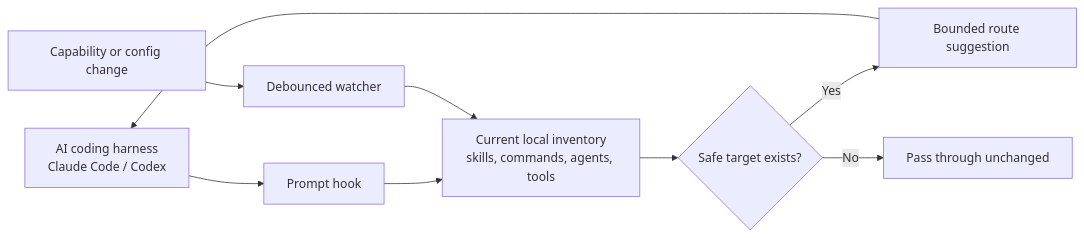
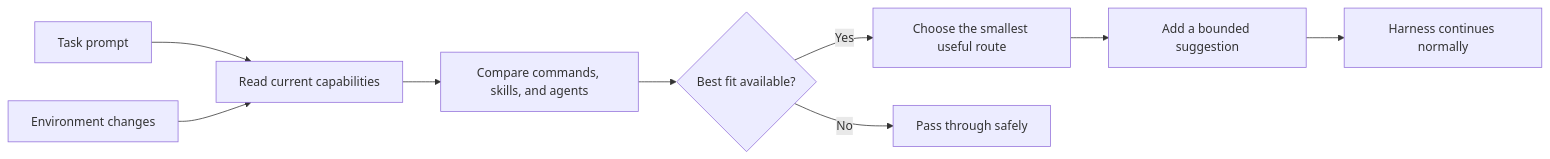
One commit to Guilherme1612/claude-router changed the diagram in README.md. Above: the diagram before and after it, drawn with Mermaid. The commit also changed other lines of this file, not shown here.

````diff
--- a/README.md
+++ b/README.md
@@ -27,11 +34,11 @@
 ```mermaid
 flowchart LR
-    H["AI coding harness<br/>Claude Code / Codex"] --> P["Prompt hook"]
-    P --> I["Current local inventory<br/>skills, commands, agents, tools"]
-    I --> Q{"Safe target exists?"}
-    Q -->|Yes| S["Bounded route suggestion"]
-    Q -->|No| N["Pass through unchanged"]
-    S --> H
-    C["Capability or config change"] --> W["Debounced watcher"]
-    W --> I
+    A["Task prompt"] --> B["Read current capabilities"]
+    B --> C["Compare commands, skills, and agents"]
+    C --> D{"Best fit available?"}
+    D -->|Yes| E["Choose the smallest useful route"]
+    E --> F["Add a bounded suggestion"]
+    F --> G["Harness continues normally"]
+    D -->|No| H["Pass through safely"]
+    I["Environment changes"] --> B
 ```
````
